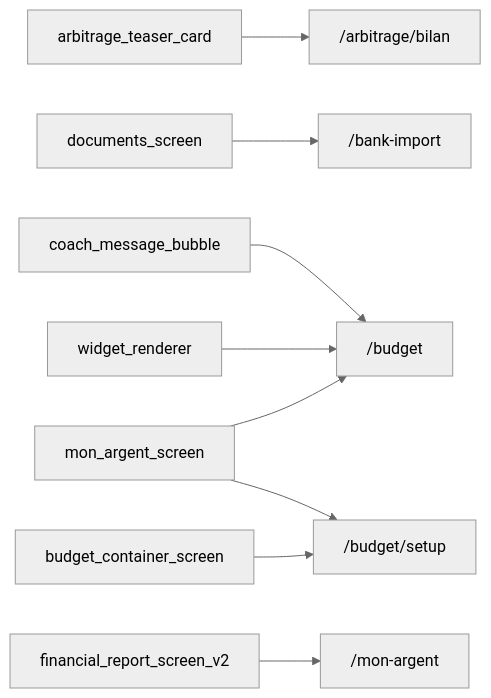
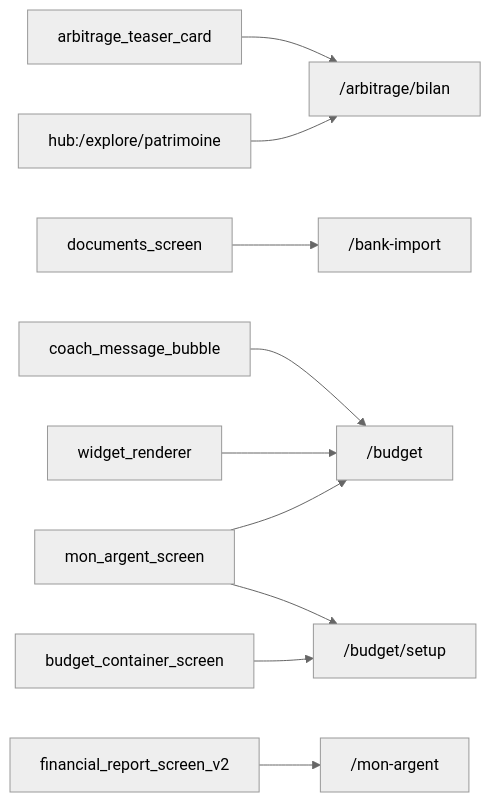
One commit to MINT-IA/MINT changed the diagram in .planning/architecture/themes/home.md. Above: the diagram before and after it, drawn with Mermaid (neutral theme). The commit also changed other lines of this file and 15 other files, not shown here.

````diff
--- a/.planning/architecture/themes/home.md
+++ b/.planning/architecture/themes/home.md
@@ -35,11 +35,12 @@
 ```mermaid
 graph LR
   arbitrage_teaser_card["arbitrage_teaser_card"] --> _arbitrage_bilan["/arbitrage/bilan"]
+  hub__explore_patrimoine["hub:/explore/patrimoine"] --> _arbitrage_bilan["/arbitrage/bilan"]
   documents_screen["documents_screen"] --> _bank_import["/bank-import"]
   coach_message_bubble["coach_message_bubble"] --> _budget["/budget"]
   mon_argent_screen["mon_argent_screen"] --> _budget["/budget"]
   widget_renderer["widget_renderer"] --> _budget["/budget"]
   budget_container_screen["budget_container_screen"] --> _budget_setup["/budget/setup"]
   mon_argent_screen["mon_argent_screen"] --> _budget_setup["/budget/setup"]
   financial_report_screen_v2["financial_report_screen_v2"] --> _mon_argent["/mon-argent"]
 ```
````
